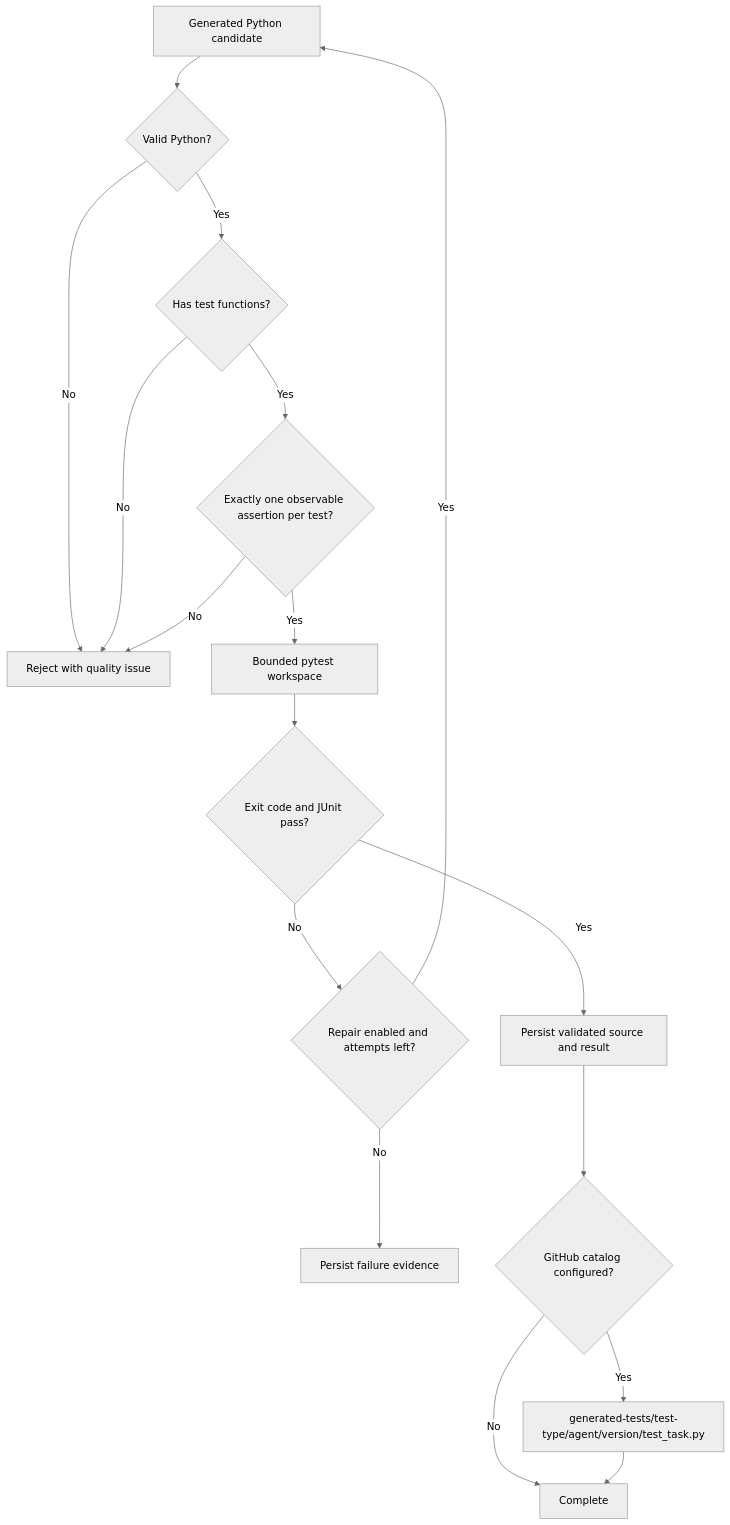
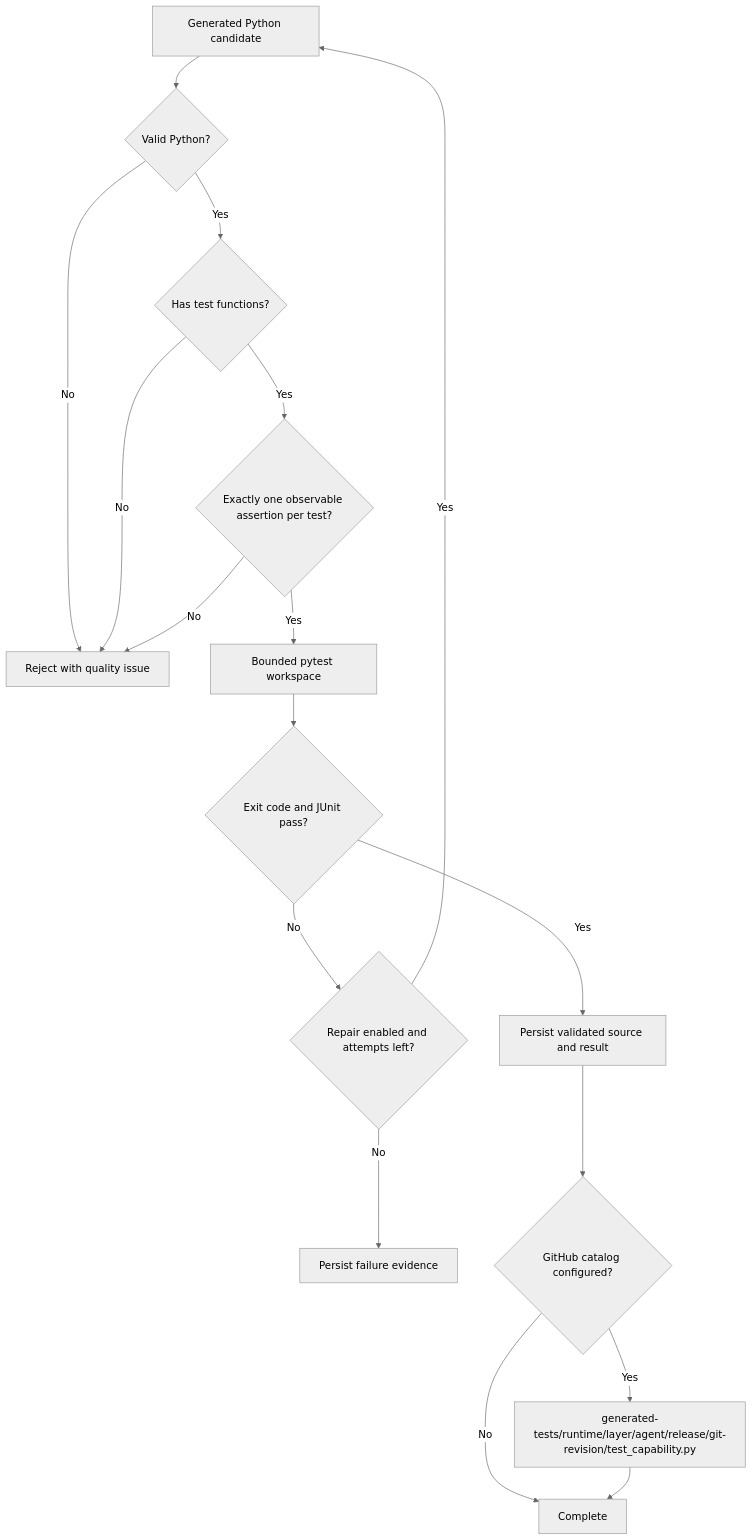
Before and after one commit to sqe/AQE: the seventh of 17 diagrams in docs/architecture.md, drawn with Mermaid (neutral theme). The commit also changed other lines of this file and 57 other files, not shown here.

````diff
--- a/docs/architecture.md
+++ b/docs/architecture.md
@@ -268,19 +292,19 @@
 ```mermaid
 flowchart TD
     Candidate[Generated Python candidate] --> Parse{Valid Python?}
     Parse -- No --> Reject[Reject with quality issue]
     Parse -- Yes --> Tests{Has test functions?}
     Tests -- No --> Reject
     Tests -- Yes --> Atomic{Exactly one observable assertion per test?}
     Atomic -- No --> Reject
     Atomic -- Yes --> Sandbox[Bounded pytest workspace]
     Sandbox --> Result{Exit code and JUnit pass?}
     Result -- No --> Repair{Repair enabled and attempts left?}
     Repair -- Yes --> Candidate
     Repair -- No --> Evidence[Persist failure evidence]
     Result -- Yes --> Persist[Persist validated source and result]
     Persist --> Catalog{GitHub catalog configured?}
-    Catalog -- Yes --> VersionPath[generated-tests/test-type/agent/version/test_task.py]
+    Catalog -- Yes --> VersionPath[generated-tests/runtime/layer/agent/release/git-revision/test_capability.py]
     Catalog -- No --> Done[Complete]
     VersionPath --> Done
 ```
````
